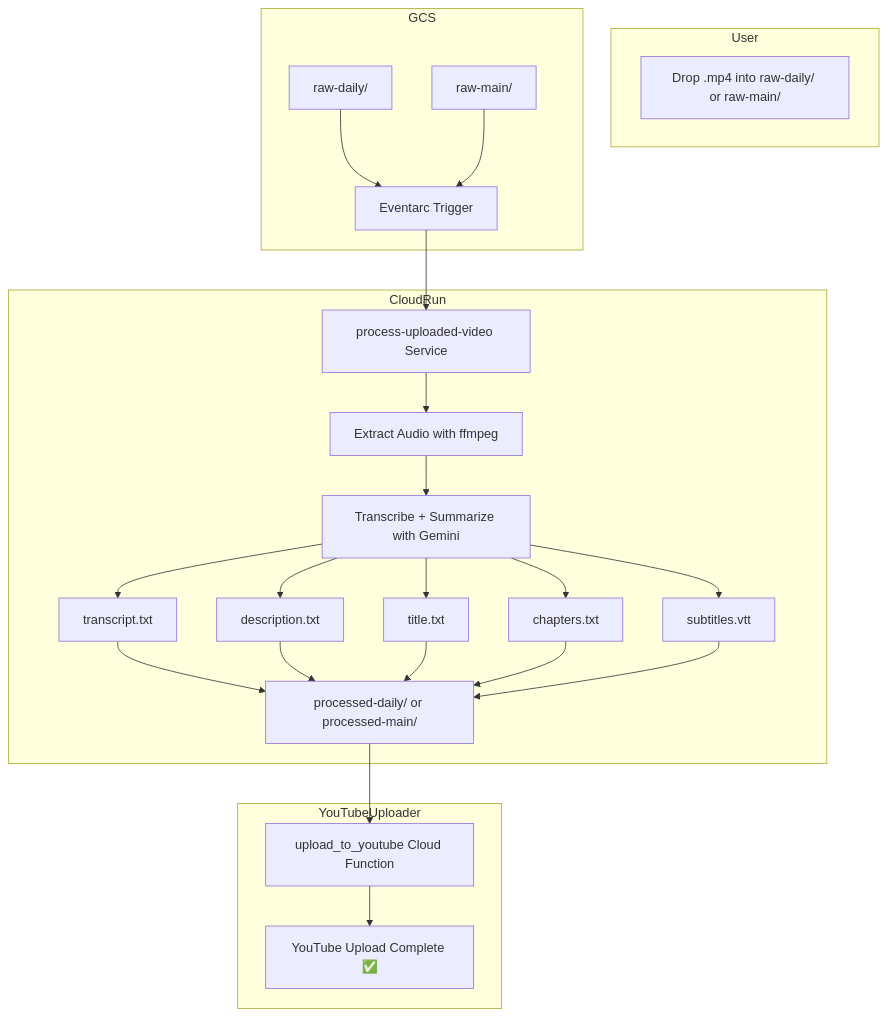
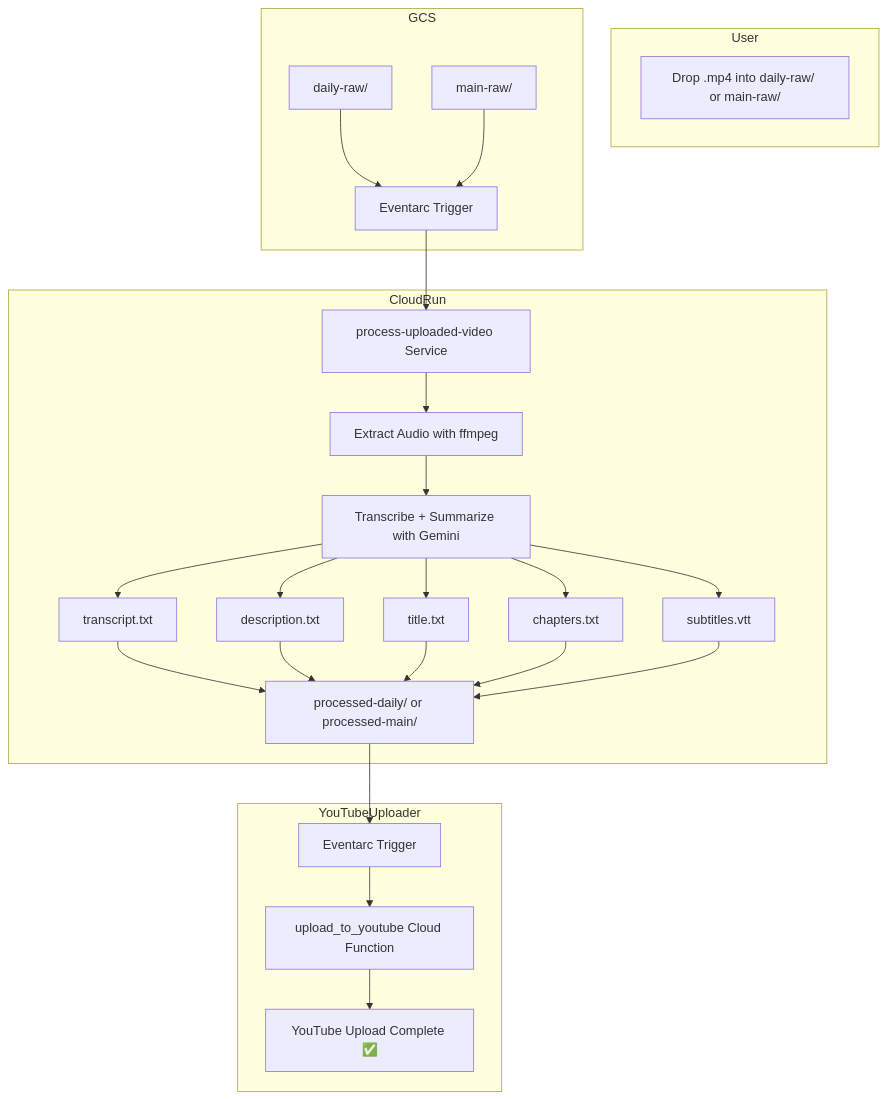
One commit to ParkerRex/echo changed the fifth of 8 diagrams in README.md. Above: the diagram before and after it, drawn with Mermaid. The commit also changed other lines of this file and 35 other files, not shown here.

````diff
--- a/README.md
+++ b/README.md
@@ -180,28 +183,29 @@
 ```mermaid
 flowchart TD
   subgraph User
-    A[Drop .mp4 into raw-daily/ or raw-main/]
+    A[Drop .mp4 into daily-raw/ or main-raw/]
   end
 
   subgraph GCS
-    B[raw-daily/] --> C[Eventarc Trigger]
-    D[raw-main/] --> C
+    B[daily-raw/] --> C[Eventarc Trigger]
+    D[main-raw/] --> C
   end
 
   subgraph CloudRun
     C --> E[process-uploaded-video Service]
     E --> F[Extract Audio with ffmpeg]
     F --> G[Transcribe + Summarize with Gemini]
     G --> H1[transcript.txt]
     G --> H2[description.txt]
     G --> H3[title.txt]
     G --> H4[chapters.txt]
     G --> H5[subtitles.vtt]
     H1 & H2 & H3 & H4 & H5 --> I[processed-daily/ or processed-main/]
   end
 
   subgraph YouTubeUploader
-    I --> J[upload_to_youtube Cloud Function]
-    J --> K[YouTube Upload Complete ✅]
+    I --> J[Eventarc Trigger]
+    J --> K[upload_to_youtube Cloud Function]
+    K --> L[YouTube Upload Complete ✅]
   end
 ```
````
